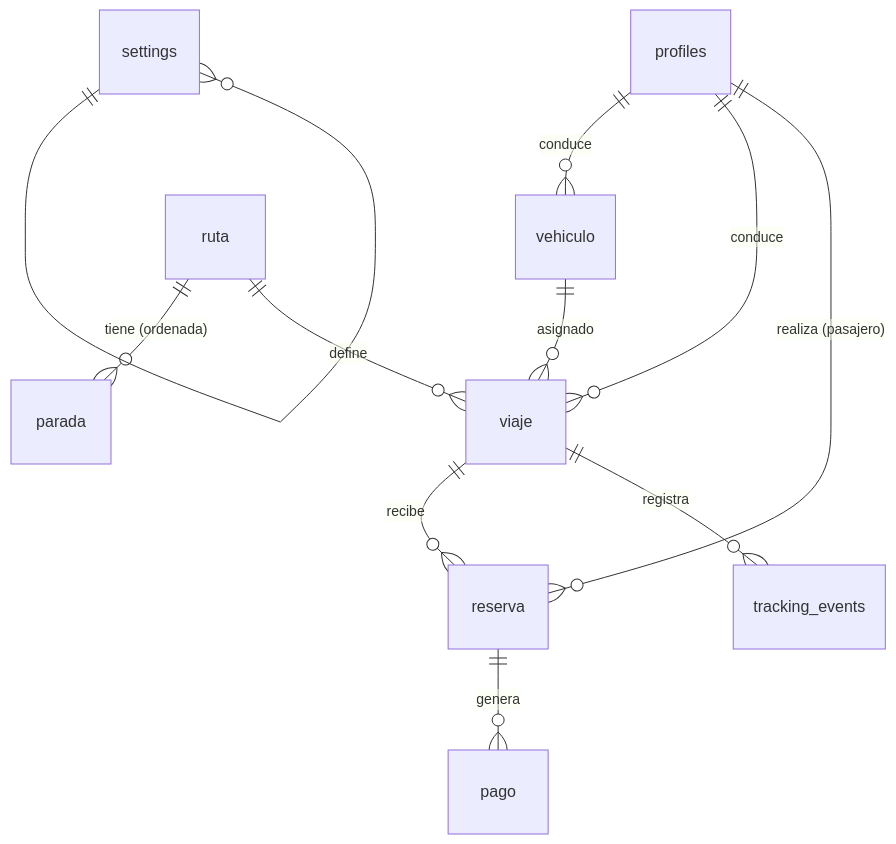
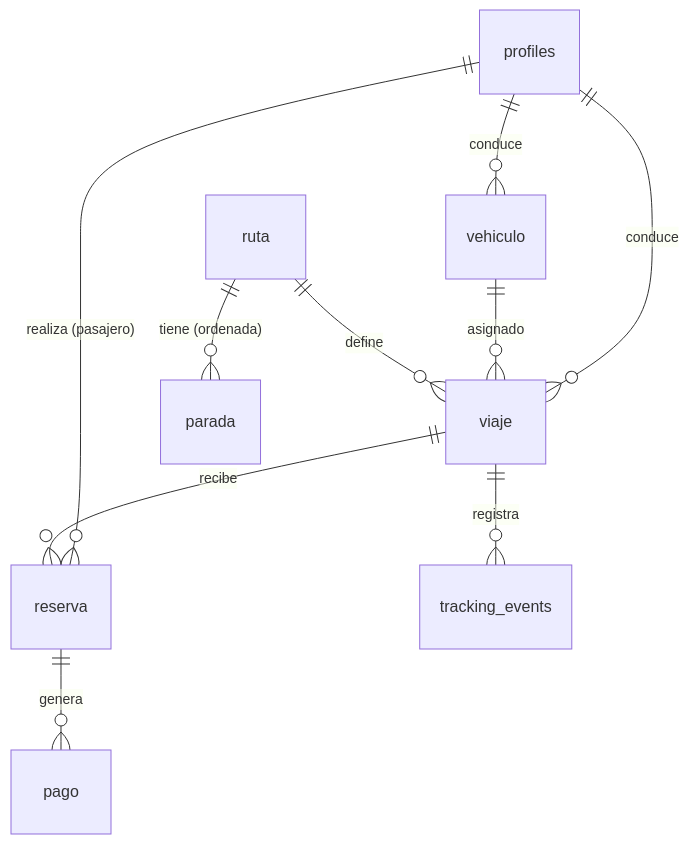
Before and after one commit to Estudio-Nomade/tubi: the diagram in docs/04-modelo-de-datos.md, drawn with Mermaid. The commit also changed 6 other files, not shown here.

````diff
--- a/docs/04-modelo-de-datos.md
+++ b/docs/04-modelo-de-datos.md
@@ -22,13 +22,12 @@
 ```mermaid
 erDiagram
     profiles ||--o{ vehiculo : "conduce"
     profiles ||--o{ viaje : "conduce"
     profiles ||--o{ reserva : "realiza (pasajero)"
     vehiculo ||--o{ viaje : "asignado"
     ruta ||--o{ parada : "tiene (ordenada)"
     ruta ||--o{ viaje : "define"
     viaje ||--o{ reserva : "recibe"
     viaje ||--o{ tracking_events : "registra"
     reserva ||--o{ pago : "genera"
-    settings ||--o{ settings : ""
 ```
````
